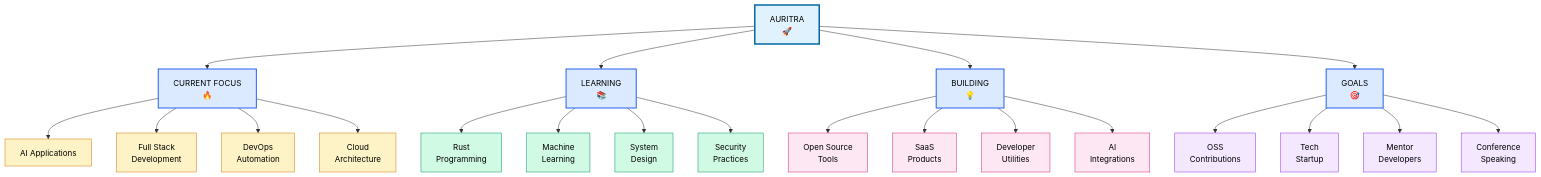
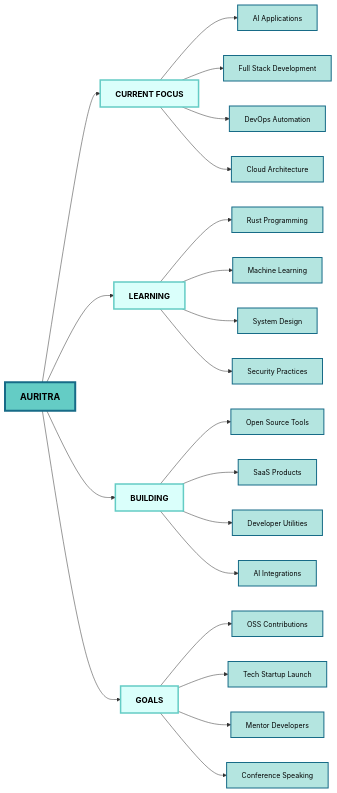
Before and after one commit to auri-ap-cn/auri-ap-cn: the diagram in README.md, drawn with Mermaid.

````diff
--- a/README.md
+++ b/README.md
@@ -218,41 +218,35 @@
 ```mermaid
-flowchart TD
-    A[AURITRA<br/>🚀] --> B[CURRENT FOCUS<br/>🔥]
-    A --> C[LEARNING<br/>📚]
-    A --> D[BUILDING<br/>💡]
-    A --> E[GOALS<br/>🎯]
+flowchart LR
+    A[AURITRA] --> B[CURRENT FOCUS]
+    A --> C[LEARNING]
+    A --> D[BUILDING]
+    A --> E[GOALS]
     
     B --> B1[AI Applications]
-    B --> B2[Full Stack<br/>Development]
-    B --> B3[DevOps<br/>Automation]
-    B --> B4[Cloud<br/>Architecture]
+    B --> B2[Full Stack Development]
+    B --> B3[DevOps Automation]
+    B --> B4[Cloud Architecture]
     
-    C --> C1[Rust<br/>Programming]
-    C --> C2[Machine<br/>Learning]
-    C --> C3[System<br/>Design]
-    C --> C4[Security<br/>Practices]
+    C --> C1[Rust Programming]
+    C --> C2[Machine Learning]
+    C --> C3[System Design]
+    C --> C4[Security Practices]
     
-    D --> D1[Open Source<br/>Tools]
-    D --> D2[SaaS<br/>Products]
-    D --> D3[Developer<br/>Utilities]
-    D --> D4[AI<br/>Integrations]
+    D --> D1[Open Source Tools]
+    D --> D2[SaaS Products]
+    D --> D3[Developer Utilities]
+    D --> D4[AI Integrations]
     
-    E --> E1[OSS<br/>Contributions]
-    E --> E2[Tech<br/>Startup]
-    E --> E3[Mentor<br/>Developers]
-    E --> E4[Conference<br/>Speaking]
+    E --> E1[OSS Contributions]
+    E --> E2[Tech Startup Launch]
+    E --> E3[Mentor Developers]
+    E --> E4[Conference Speaking]
 
-    classDef rootStyle fill:#E0F2FE,stroke:#0369A1,stroke-width:3px,color:#000
-    classDef categoryStyle fill:#DBEAFE,stroke:#2563EB,stroke-width:2px,color:#000
-    classDef itemStyle1 fill:#FEF3C7,stroke:#D97706,stroke-width:1px,color:#000
-    classDef itemStyle2 fill:#D1FAE5,stroke:#059669,stroke-width:1px,color:#000
-    classDef itemStyle3 fill:#FCE7F3,stroke:#DB2777,stroke-width:1px,color:#000
-    classDef itemStyle4 fill:#F3E8FF,stroke:#9333EA,stroke-width:1px,color:#000
+    classDef rootStyle fill:#64CCC5,stroke:#176B87,stroke-width:4px,color:#000,font-size:18px,font-weight:bold
+    classDef categoryStyle fill:#DAFFFB,stroke:#64CCC5,stroke-width:3px,color:#000,font-size:16px,font-weight:bold
+    classDef itemStyle fill:#B4E5E0,stroke:#176B87,stroke-width:2px,color:#000,font-size:14px
     
     class A rootStyle
     class B,C,D,E categoryStyle
-    class B1,B2,B3,B4 itemStyle1
-    class C1,C2,C3,C4 itemStyle2
-    class D1,D2,D3,D4 itemStyle3
-    class E1,E2,E3,E4 itemStyle4
+    class B1,B2,B3,B4,C1,C2,C3,C4,D1,D2,D3,D4,E1,E2,E3,E4 itemStyle
 ```
````
